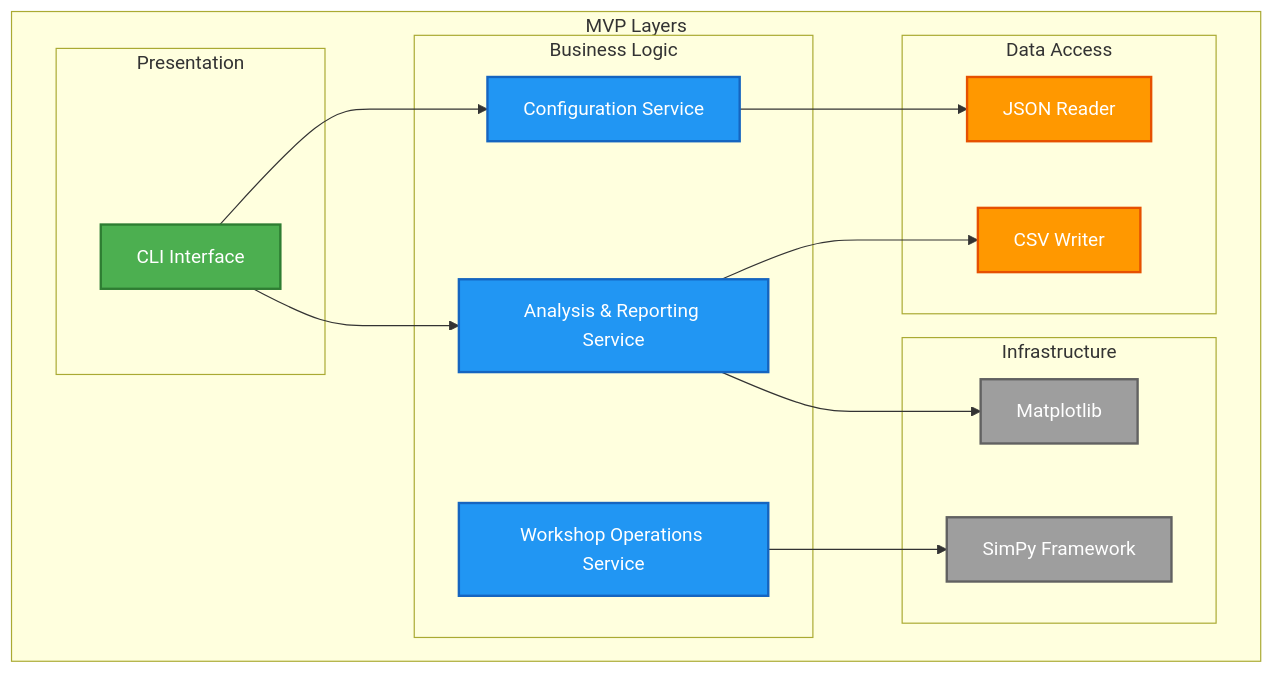
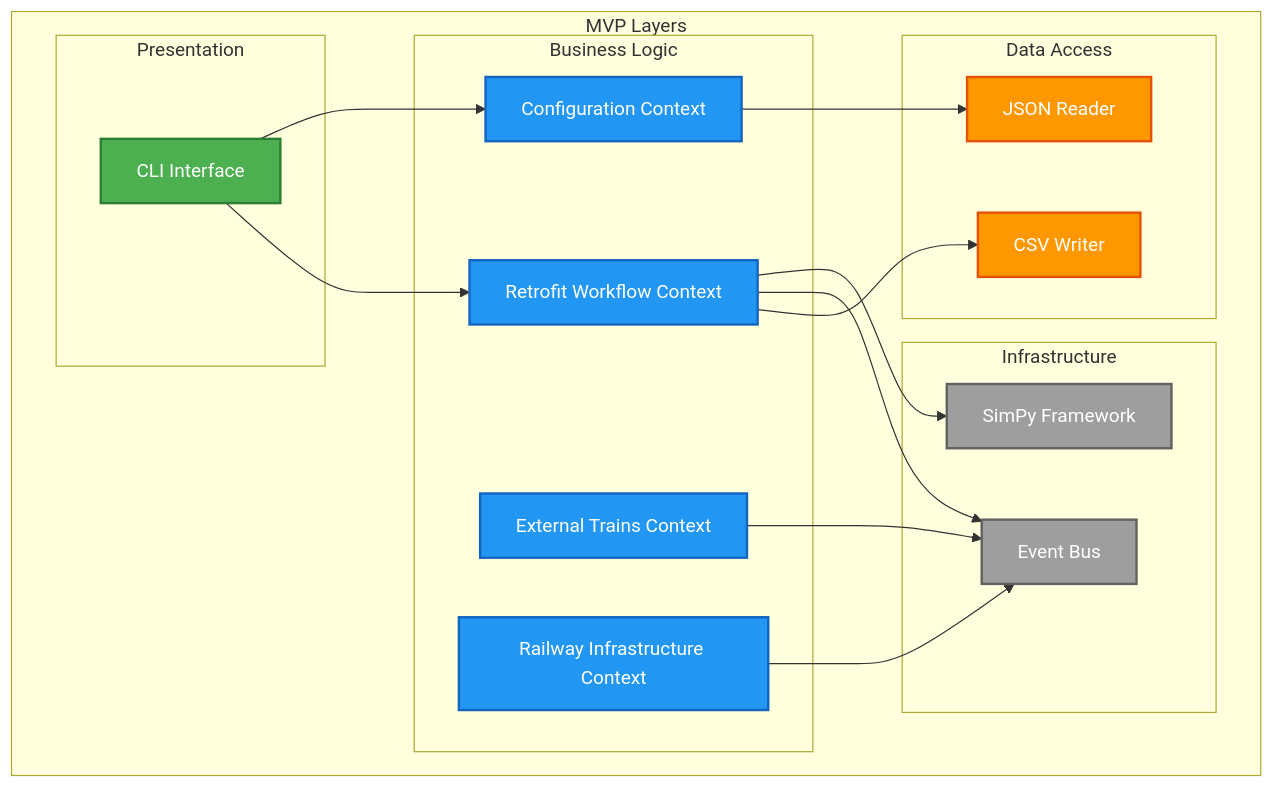
One commit to OpenRailAssociation/dac-migration-dss-popupsim changed the first of 6 diagrams in docs/mvp/architecture/08-concepts.md. Above: the diagram before and after it, drawn with Mermaid. The commit also changed other lines of this file and 73 other files, not shown here.

````diff
--- a/docs/mvp/architecture/08-concepts.md
+++ b/docs/mvp/architecture/08-concepts.md
@@ -11,41 +11,44 @@
 ```mermaid
 graph TB
     subgraph "MVP Layers"
         subgraph "Presentation"
             CLI[CLI Interface]
         end
 
         subgraph "Business Logic"
-            ConfigService[Configuration Service]
-            DomainService[Workshop Operations Service]
-            SimulationService[Analysis & Reporting Service]
+            ConfigService[Configuration Context]
+            ExternalTrains[External Trains Context]
+            RailwayInfra[Railway Infrastructure Context]
+            RetrofitWorkflow[Retrofit Workflow Context]
         end
 
         subgraph "Data Access"
             JSONReader[JSON Reader]
             CSVWriter[CSV Writer]
         end
 
         subgraph "Infrastructure"
             SimPy[SimPy Framework]
-            Matplotlib[Matplotlib]
+            EventBus[Event Bus]
         end
     end
 
     CLI --> ConfigService
-    CLI --> SimulationService
+    CLI --> RetrofitWorkflow
     ConfigService --> JSONReader
-    DomainService --> SimPy
-    SimulationService --> CSVWriter
-    SimulationService --> Matplotlib
+    ExternalTrains --> EventBus
+    RailwayInfra --> EventBus
+    RetrofitWorkflow --> SimPy
+    RetrofitWorkflow --> EventBus
+    RetrofitWorkflow --> CSVWriter
 
     classDef presentation fill:#4caf50,stroke:#2e7d32,stroke-width:2px,color:#fff
     classDef business fill:#2196f3,stroke:#1565c0,stroke-width:2px,color:#fff
     classDef data fill:#ff9800,stroke:#e65100,stroke-width:2px,color:#fff
     classDef infrastructure fill:#9e9e9e,stroke:#616161,stroke-width:2px,color:#fff
 
     class CLI presentation
-    class ConfigService,DomainService,SimulationService business
+    class ConfigService,ExternalTrains,RailwayInfra,RetrofitWorkflow business
     class JSONReader,CSVWriter data
-    class SimPy,Matplotlib infrastructure
+    class SimPy,EventBus infrastructure
 ```
````
